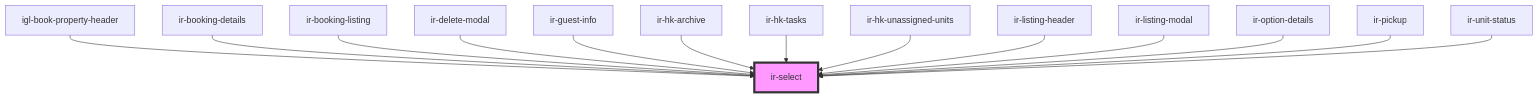
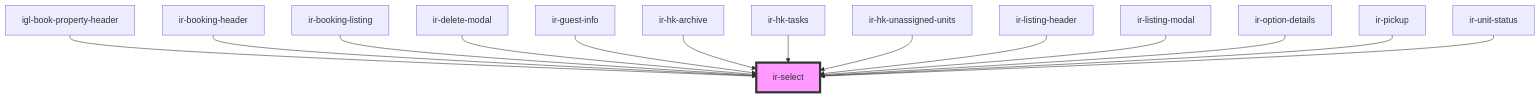
Before and after one commit to David1Chowaifaty/modified-ir-webcmp: the diagram in src/components/ir-select/readme.md, drawn with Mermaid. The commit also changed other lines of this file and 19 other files, not shown here.

````diff
--- a/src/components/ir-select/readme.md
+++ b/src/components/ir-select/readme.md
@@ -60,17 +60,17 @@
 ```mermaid
 graph TD;
   igl-book-property-header --> ir-select
-  ir-booking-details --> ir-select
+  ir-booking-header --> ir-select
   ir-booking-listing --> ir-select
   ir-delete-modal --> ir-select
   ir-guest-info --> ir-select
   ir-hk-archive --> ir-select
   ir-hk-tasks --> ir-select
   ir-hk-unassigned-units --> ir-select
   ir-listing-header --> ir-select
   ir-listing-modal --> ir-select
   ir-option-details --> ir-select
   ir-pickup --> ir-select
   ir-unit-status --> ir-select
   style ir-select fill:#f9f,stroke:#333,stroke-width:4px
 ```
````
